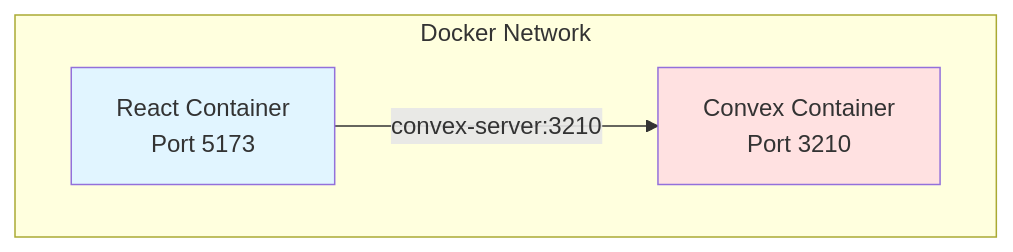
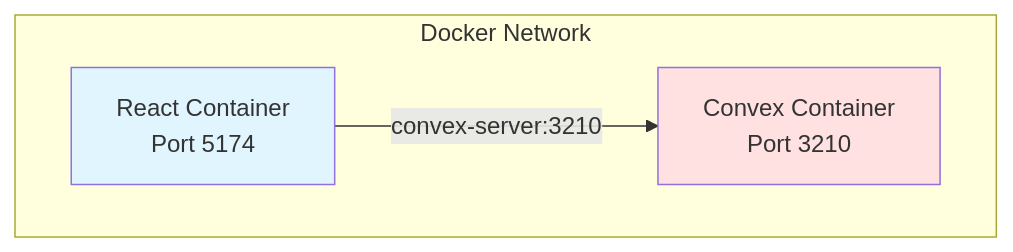
One commit to whezagl/convex-poc2 changed the fifth of 5 diagrams in README.md. Above: the diagram before and after it, drawn with Mermaid. The commit also changed other lines of this file, not shown here.

````diff
--- a/README.md
+++ b/README.md
@@ -395,12 +397,12 @@
 ```mermaid
 flowchart TB
     subgraph "Docker Network"
-        ReactContainer[React Container<br/>Port 5173]
+        ReactContainer[React Container<br/>Port 5174]
         ConvexContainer[Convex Container<br/>Port 3210]
     end
 
     ReactContainer -->|"convex-server:3210"| ConvexContainer
 
     style ReactContainer fill:#e1f5ff
     style ConvexContainer fill:#ffe1e1
 ```
````
